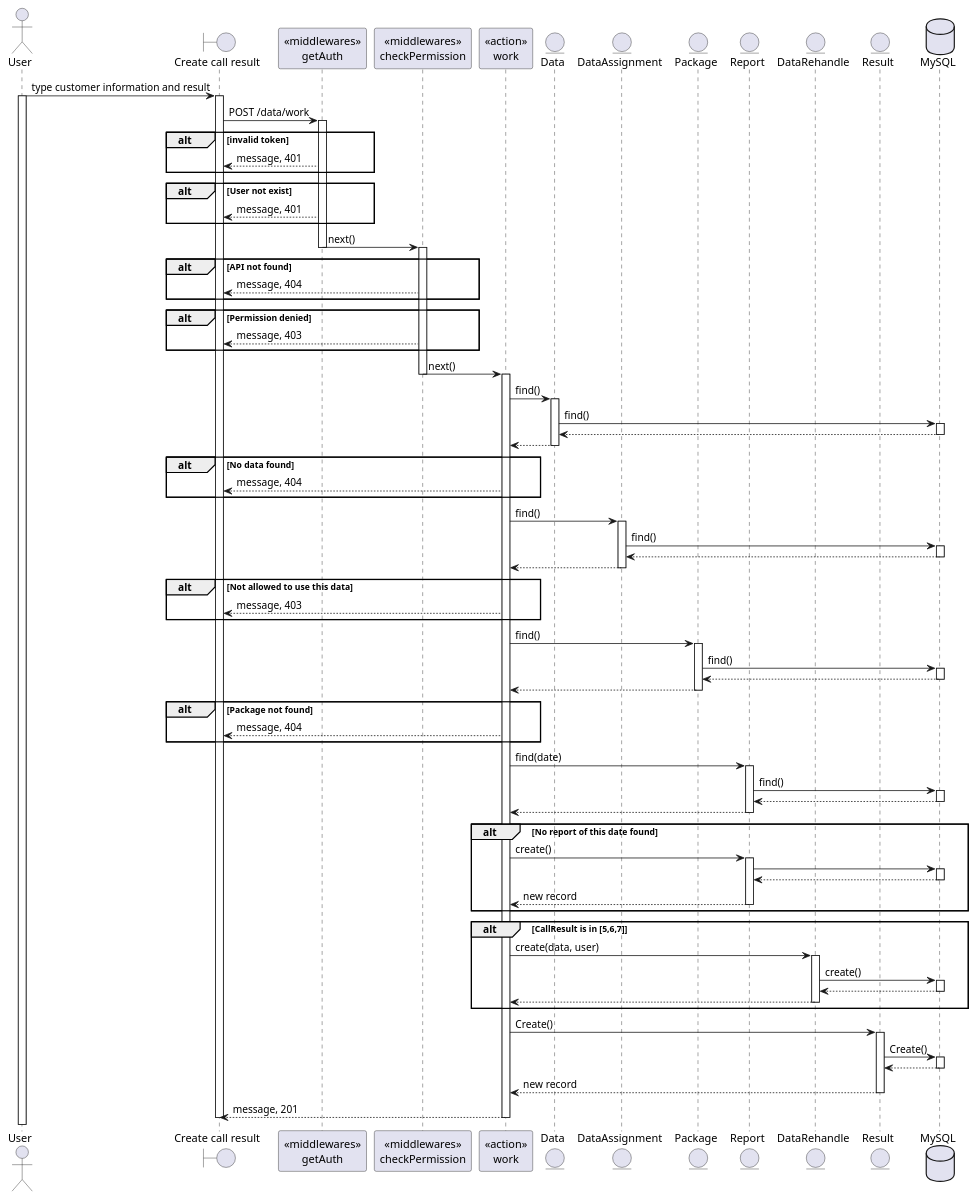
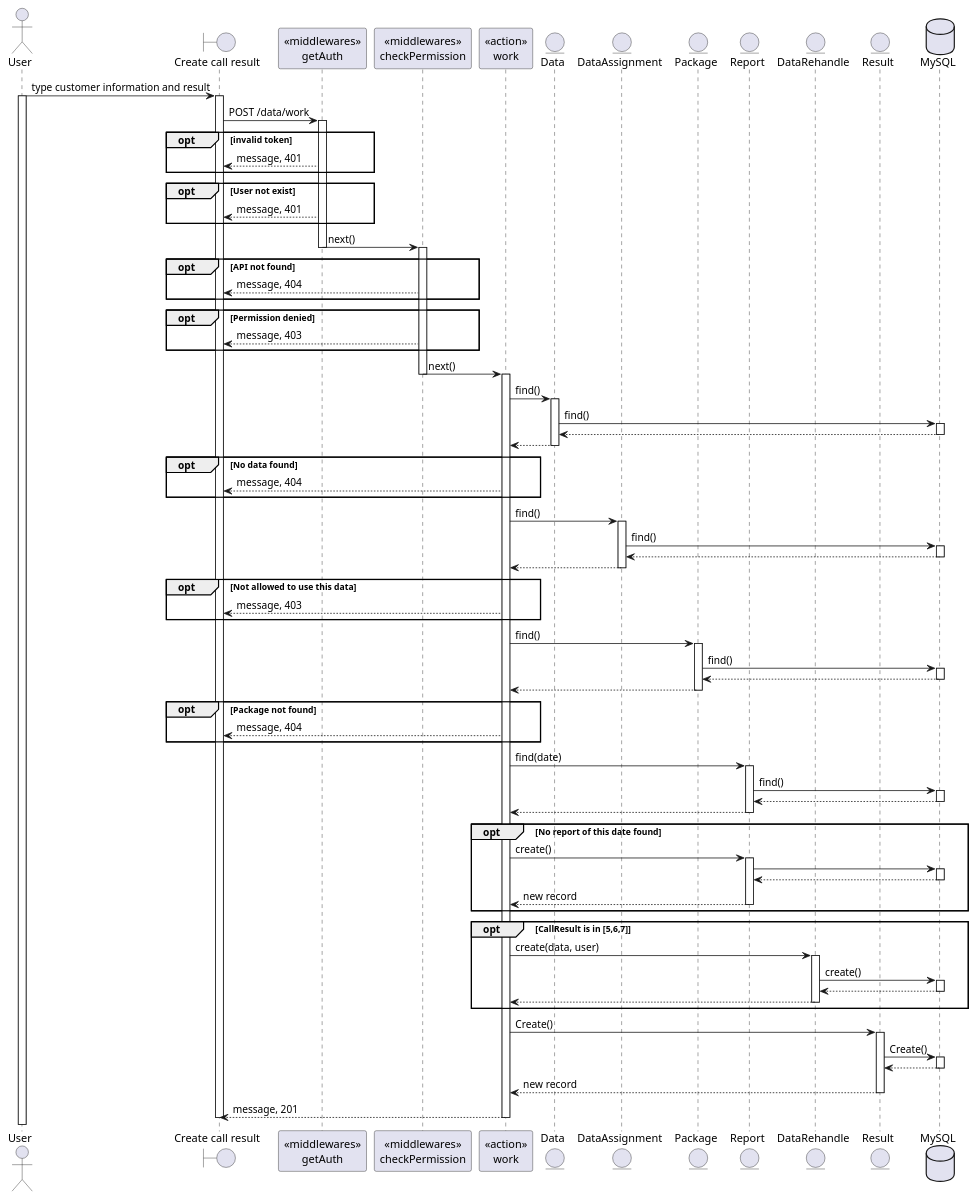
One commit to BunnyButtpowder/TeleLink-Original changed the diagram in SequeceDiagram/result/create.wsd. Above: the diagram before and after it, drawn with PlantUML. The commit also changed 13 other files, not shown here.

Commit message:
sequence diagram

```diff
--- a/SequeceDiagram/result/create.wsd
+++ b/SequeceDiagram/result/create.wsd
@@ -1,118 +1,118 @@
 @startuml
 actor User
 boundary "Create call result" as Client
 participant "<<middlewares>>\ngetAuth" as mid1
 participant "<<middlewares>>\ncheckPermission" as mid2
 participant "<<action>>\nwork" as Controller
 entity "Data" as Model1
 entity "DataAssignment" as Model2
 entity "Package" as Model3
 entity "Report" as Model4
 entity "DataRehandle" as Model5
 entity "Result" as Model6
 database "MySQL" as DB
 
 User -> Client: type customer information and result
 activate User
 activate Client
 Client -> mid1: POST /data/work
 activate mid1
-alt invalid token 
+opt invalid token 
 mid1 --> Client: message, 401
 end
-alt User not exist
+opt User not exist
 mid1 --> Client: message, 401
 end
 mid1 -> mid2: next()
 deactivate mid1
 activate mid2
-alt API not found
+opt API not found
 mid2 --> Client: message, 404
 end
-alt Permission denied
+opt Permission denied
 mid2 --> Client: message, 403
 end
 mid2 -> Controller: next()
 deactivate mid2
 activate Controller
 Controller -> Model1: find()
 activate Model1
 Model1 -> DB: find()
 activate DB
 DB --> Model1
 deactivate DB
 Model1 --> Controller
 deactivate Model1
-alt No data found
+opt No data found
 Controller --> Client: message, 404
 end
 Controller -> Model2: find()
 activate Model2
 Model2 -> DB: find()
 activate DB
 DB --> Model2
 deactivate DB
 Model2 --> Controller
 deactivate Model2
-alt Not allowed to use this data
+opt Not allowed to use this data
 Controller --> Client: message, 403
 end
 Controller -> Model3: find()
 activate Model3
 Model3 -> DB: find()
 activate DB
 DB --> Model3
 deactivate DB
 Model3 --> Controller
 deactivate Model3
-alt Package not found
+opt Package not found
 Controller --> Client: message, 404
 end
 Controller -> Model4: find(date)
 activate Model4
 Model4 -> DB: find()
 activate DB
 DB --> Model4
 deactivate DB
 Model4 --> Controller
 deactivate Model4
-alt No report of this date found
+opt No report of this date found
     Controller -> Model4: create()
     activate Model4
     Model4 -> DB
     activate DB
     DB --> Model4
     deactivate DB
     Model4 --> Controller: new record
     deactivate Model4
 end
-alt CallResult is in [5,6,7]
+opt CallResult is in [5,6,7]
     Controller -> Model5: create(data, user)
     activate Model5
     Model5 -> DB: create()
     activate DB
     DB --> Model5
     deactivate DB
     Model5 --> Controller
     deactivate Model5
 end
 Controller -> Model6: Create()
 activate Model6
 Model6 -> DB: Create()
 activate DB
 DB --> Model6
 deactivate DB
 Model6 --> Controller: new record
 deactivate Model6
 Controller --> Client: message, 201
 deactivate Controller
 
 
 
 
 
 
 
 deactivate Client
 
 @enduml
```
